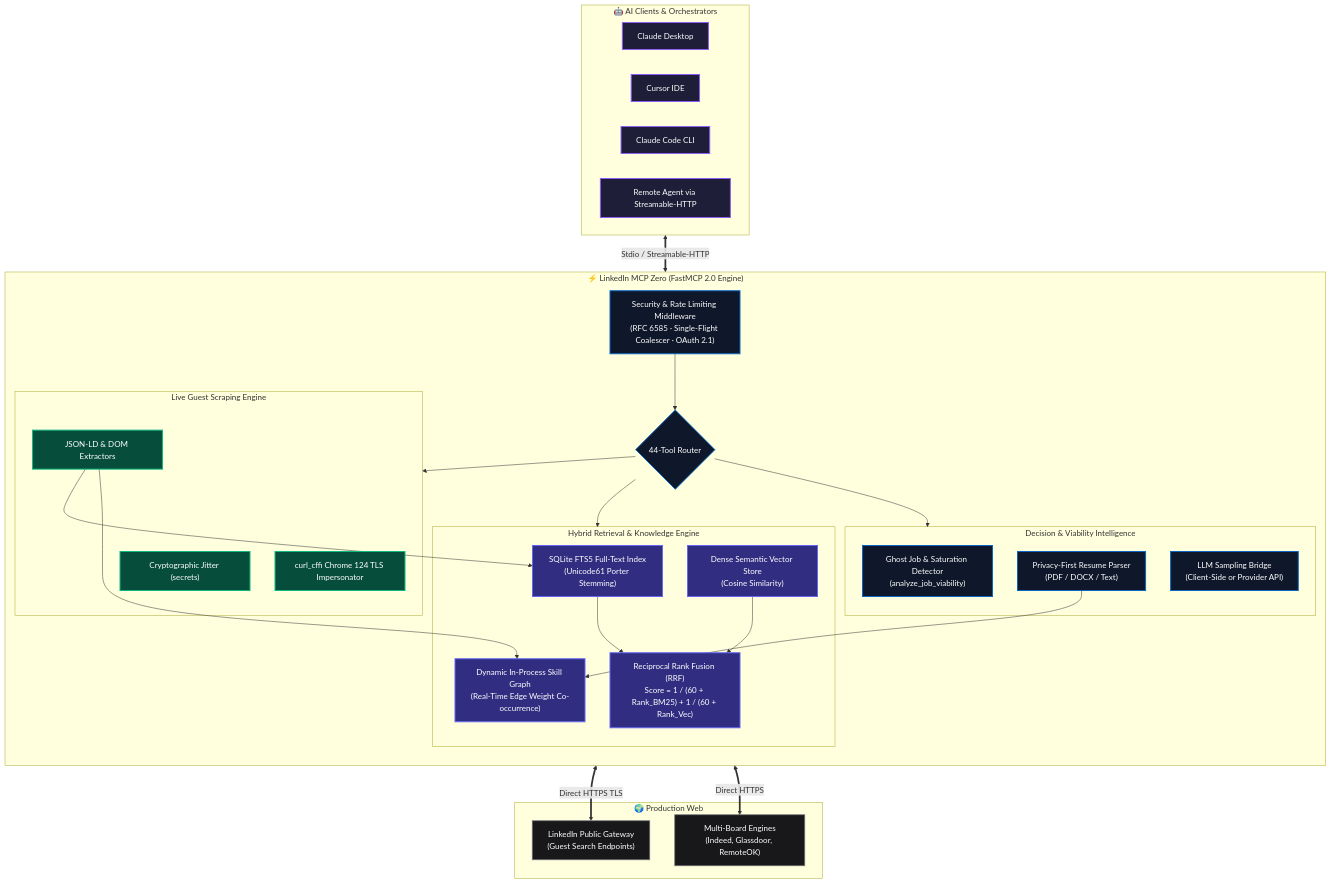
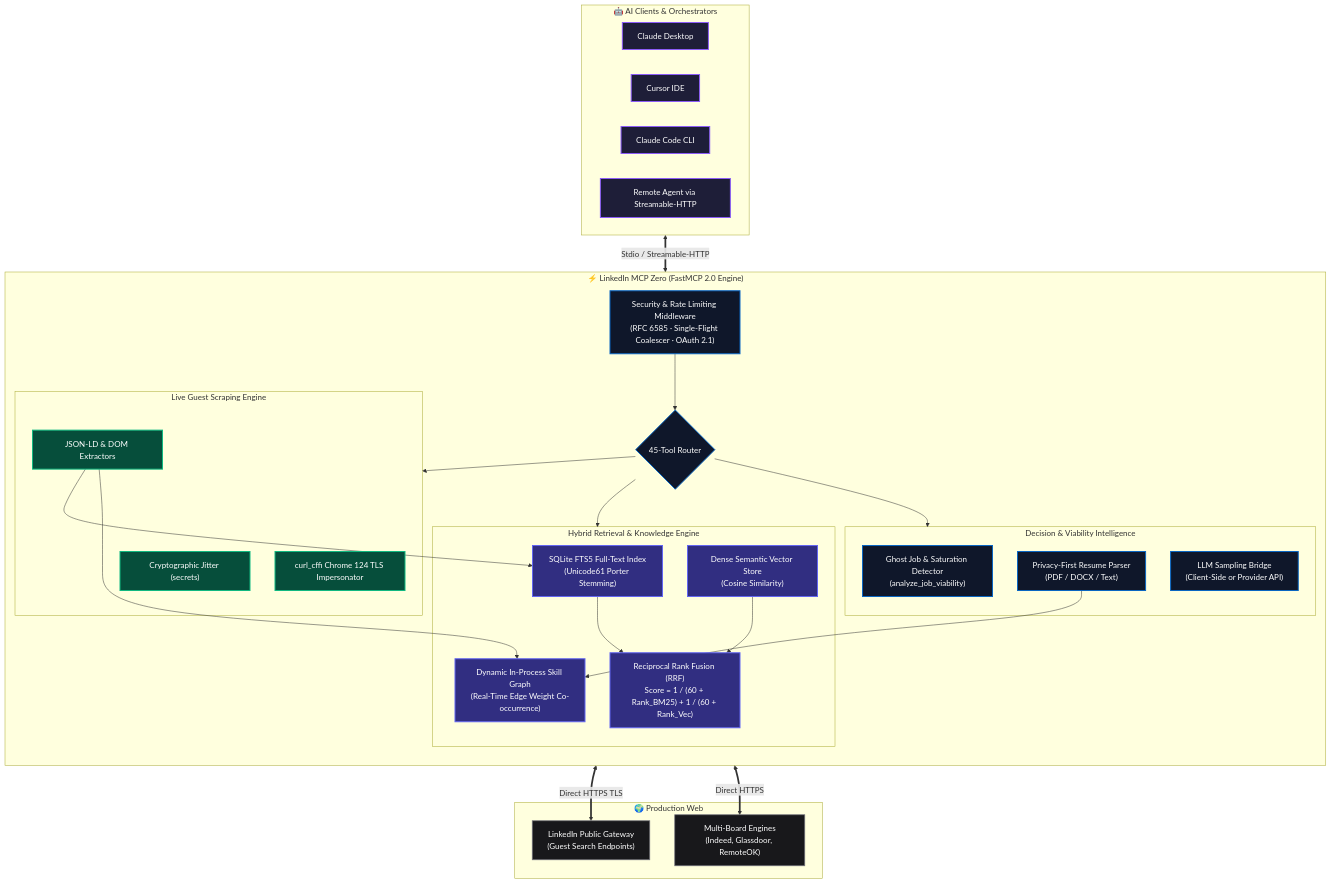
One commit to SanthaKumar-K-2004/linkedin-mcp-zero changed the first of 2 diagrams in README.md. Above: the diagram before and after it, drawn with Mermaid. The commit also changed other lines of this file and 11 other files, not shown here.

````diff
--- a/README.md
+++ b/README.md
@@ -356,60 +357,60 @@
 ```mermaid
 flowchart TD
     classDef client fill:#1e1e38,stroke:#8B5CF6,stroke-width:2px,color:#fff;
     classDef server fill:#0f172a,stroke:#0A66C2,stroke-width:2px,color:#fff;
     classDef engine fill:#064e3b,stroke:#10B981,stroke-width:2px,color:#fff;
     classDef rag fill:#312e81,stroke:#6366F1,stroke-width:2px,color:#fff;
     classDef ext fill:#18181b,stroke:#71717a,stroke-width:1.5px,color:#fff;
 
     subgraph ClientLayer["🤖 AI Clients & Orchestrators"]
         C1["Claude Desktop"]:::client
         C2["Cursor IDE"]:::client
         C3["Claude Code CLI"]:::client
         C4["Remote Agent via Streamable-HTTP"]:::client
     end
 
     subgraph CoreServer["⚡ LinkedIn MCP Zero (FastMCP 2.0 Engine)"]
         direction TB
         
         MW["Security & Rate Limiting Middleware<br/>(RFC 6585 · Single-Flight Coalescer · OAuth 2.1)"]:::server
-        Router{"44-Tool Router"}:::server
+        Router{"45-Tool Router"}:::server
 
         subgraph ScrapeEngine["Live Guest Scraping Engine"]
             CF["curl_cffi Chrome 124 TLS Impersonator"]:::engine
             HP["JSON-LD & DOM Extractors"]:::engine
             JIT["Cryptographic Jitter (secrets)"]:::engine
         end
 
         subgraph RAGEngine["Hybrid Retrieval & Knowledge Engine"]
             FTS["SQLite FTS5 Full-Text Index<br/>(Unicode61 Porter Stemming)"]:::rag
             VEC["Dense Semantic Vector Store<br/>(Cosine Similarity)"]:::rag
             RRF["Reciprocal Rank Fusion (RRF)<br/>Score = 1 / (60 + Rank_BM25) + 1 / (60 + Rank_Vec)"]:::rag
             DSG["Dynamic In-Process Skill Graph<br/>(Real-Time Edge Weight Co-occurrence)"]:::rag
         end
 
         subgraph Intelligence["Decision & Viability Intelligence"]
             GHOST["Ghost Job & Saturation Detector<br/>(analyze_job_viability)"]:::server
             RESUME["Privacy-First Resume Parser<br/>(PDF / DOCX / Text)"]:::server
             LLM_BRIDGE["LLM Sampling Bridge<br/>(Client-Side or Provider API)"]:::server
         end
     end
 
     subgraph ExternalWeb["🌍 Production Web"]
         LI["LinkedIn Public Gateway<br/>(Guest Search Endpoints)"]:::ext
         MB["Multi-Board Engines<br/>(Indeed, Glassdoor, RemoteOK)"]:::ext
     end
 
     ClientLayer <==>|Stdio / Streamable-HTTP| MW
     MW --> Router
     Router --> ScrapeEngine
     Router --> RAGEngine
     Router --> Intelligence
 
     ScrapeEngine <==>|Direct HTTPS TLS| LI
     ScrapeEngine <==>|Direct HTTPS| MB
 
     HP --> FTS
     HP --> DSG
     RESUME --> DSG
     FTS & VEC --> RRF
 ```
````
